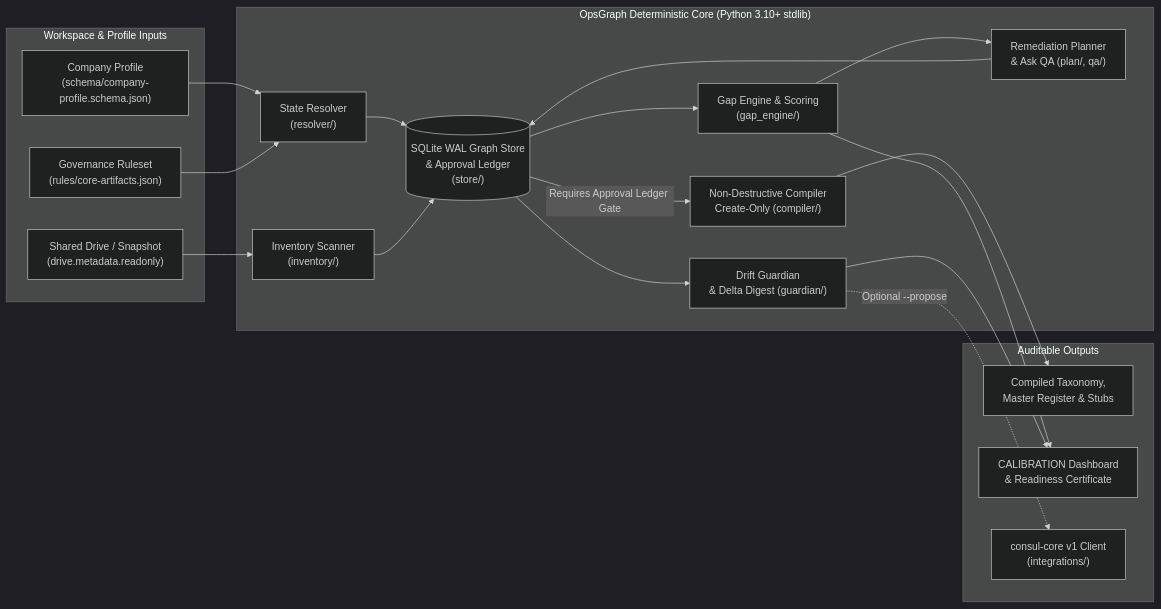
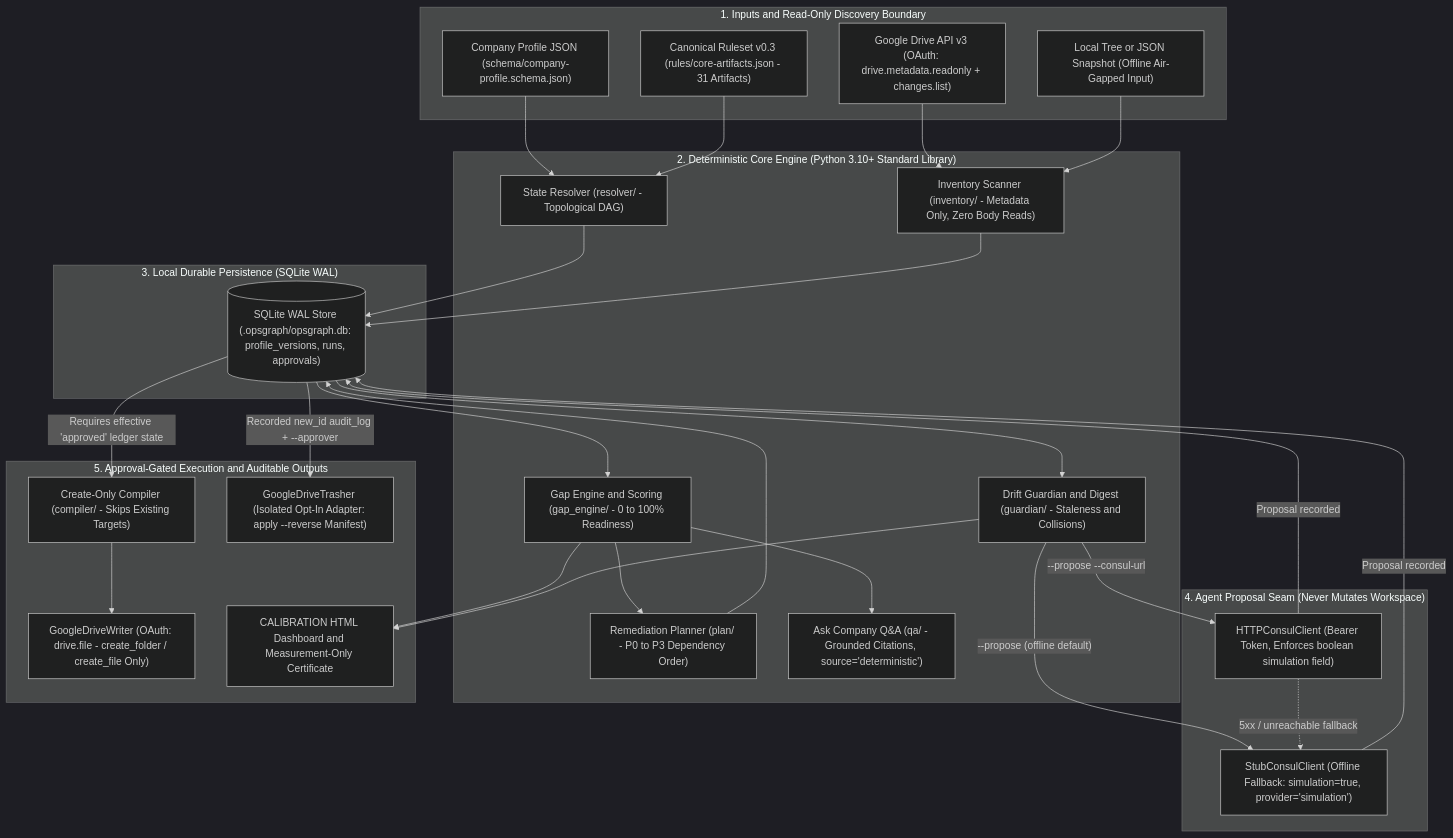
One commit to creova-gif/opsgraph changed the diagram in README.md. Above: the diagram before and after it, drawn with Mermaid (dark theme). The commit also changed other lines of this file and 8 other files, not shown here.

Commit message:
docs(flagship): upgrade README case study, security trust boundaries, agent governance, and CI wheel smoke gate

````diff
--- a/README.md
+++ b/README.md
@@ -18,39 +64,59 @@
 ```mermaid
-flowchart LR
-    subgraph Inputs["Workspace & Profile Inputs"]
-        Profile["Company Profile\n(schema/company-profile.schema.json)"]
-        Rules["Governance Ruleset\n(rules/core-artifacts.json)"]
-        Drive["Shared Drive / Snapshot\n(drive.metadata.readonly)"]
+flowchart TB
+    subgraph Inputs["1. Inputs and Read-Only Discovery Boundary"]
+        Profile["Company Profile JSON (schema/company-profile.schema.json)"]
+        Rules["Canonical Ruleset v0.3 (rules/core-artifacts.json - 31 Artifacts)"]
+        GDriveRead["Google Drive API v3 (OAuth: drive.metadata.readonly + changes.list)"]
+        LocalSnap["Local Tree or JSON Snapshot (Offline Air-Gapped Input)"]
     end
 
-    subgraph Engine["OpsGraph Deterministic Core (Python 3.10+ stdlib)"]
-        Resolver["State Resolver\n(resolver/)"]
-        Scanner["Inventory Scanner\n(inventory/)"]
-        Store[("SQLite WAL Graph Store\n& Approval Ledger\n(store/)")]
-        Gap["Gap Engine & Scoring\n(gap_engine/)"]
-        Planner["Remediation Planner\n& Ask QA (plan/, qa/)"]
-        Compiler["Non-Destructive Compiler\nCreate-Only (compiler/)"]
-        Guardian["Drift Guardian\n& Delta Digest (guardian/)"]
+    subgraph Core["2. Deterministic Core Engine (Python 3.10+ Standard Library)"]
+        Resolver["State Resolver (resolver/ - Topological DAG)"]
+        Scanner["Inventory Scanner (inventory/ - Metadata Only, Zero Body Reads)"]
+        Gap["Gap Engine and Scoring (gap_engine/ - 0 to 100% Readiness)"]
+        Planner["Remediation Planner (plan/ - P0 to P3 Dependency Order)"]
+        AskQA["Ask Company Q&A (qa/ - Grounded Citations, source='deterministic')"]
+        Guardian["Drift Guardian and Digest (guardian/ - Staleness and Collisions)"]
     end
 
-    subgraph Outputs["Auditable Outputs"]
-        WorkspaceOut["Compiled Taxonomy,\nMaster Register & Stubs"]
-        DashCert["CALIBRATION Dashboard\n& Readiness Certificate"]
-        Consul["consul-core v1 Client\n(integrations/)"]
+    subgraph Ledger["3. Local Durable Persistence (SQLite WAL)"]
+        SQLite[("SQLite WAL Store (.opsgraph/opsgraph.db: profile_versions, runs, approvals)")]
+    end
+
+    subgraph Provenance["4. Agent Proposal Seam (Never Mutates Workspace)"]
+        HTTPClient["HTTPConsulClient (Bearer Token, Enforces boolean simulation field)"]
+        StubClient["StubConsulClient (Offline Fallback: simulation=true, provider='simulation')"]
+    end
+
+    subgraph Execution["5. Approval-Gated Execution and Auditable Outputs"]
+        Compiler["Create-Only Compiler (compiler/ - Skips Existing Targets)"]
+        GDriveWrite["GoogleDriveWriter (OAuth: drive.file - create_folder / create_file Only)"]
+        GDriveReverse["GoogleDriveTrasher (Isolated Opt-In Adapter: apply --reverse Manifest)"]
+        Reports["CALIBRATION HTML Dashboard and Measurement-Only Certificate"]
     end
 
     Profile --> Resolver
     Rules --> Resolver
-    Drive --> Scanner
-    Resolver --> Store
-    Scanner --> Store
-    Store --> Gap
+    GDriveRead --> Scanner
+    LocalSnap --> Scanner
+
+    Resolver --> SQLite
+    Scanner --> SQLite
+    SQLite --> Gap
     Gap --> Planner
-    Gap --> DashCert
-    Planner --> Store
-    Store -- "Requires Approval Ledger Gate" --> Compiler
-    Compiler --> WorkspaceOut
-    Store --> Guardian
-    Guardian --> DashCert
-    Guardian -. "Optional --propose" .-> Consul
+    Gap --> AskQA
+    Gap --> Reports
+    Planner --> SQLite
+    SQLite --> Guardian
+    Guardian --> Reports
+
+    Guardian -->|"--propose --consul-url"| HTTPClient
+    Guardian -->|"--propose (offline default)"| StubClient
+    HTTPClient -.->|"5xx / unreachable fallback"| StubClient
+    HTTPClient -->|"Proposal recorded"| SQLite
+    StubClient -->|"Proposal recorded"| SQLite
+
+    SQLite -->|"Requires effective 'approved' ledger state"| Compiler
+    Compiler --> GDriveWrite
+    SQLite -->|"Recorded new_id audit_log + --approver"| GDriveReverse
 ```
````
